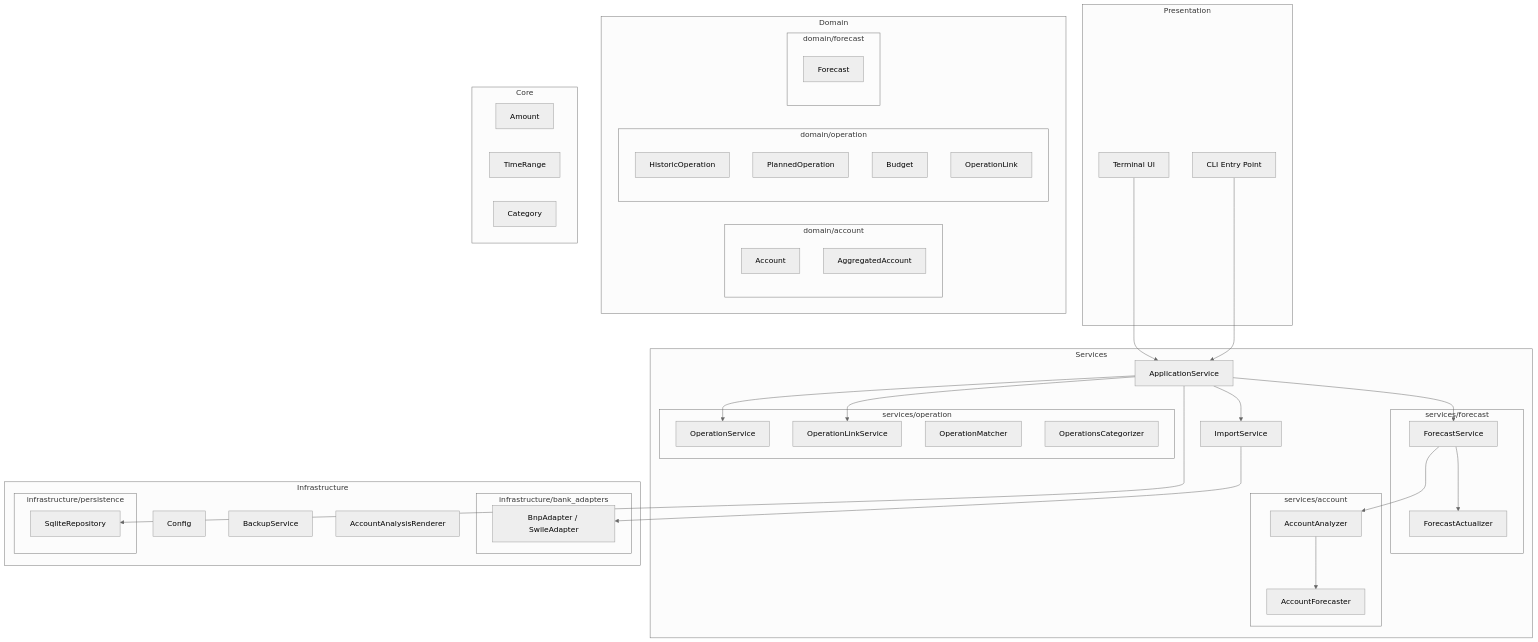
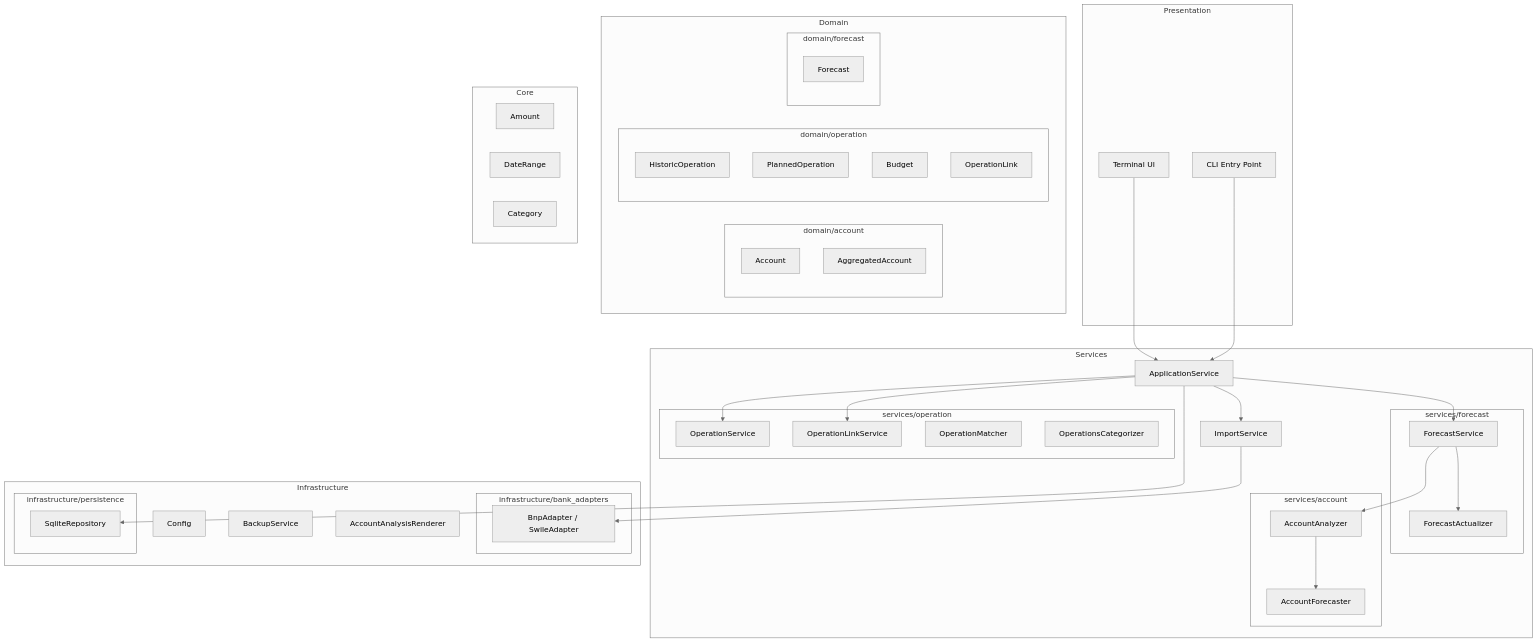
The diagram in docs/dev/architecture.md (corentin-core/budget-forecaster), drawn with Mermaid (neutral theme) before and after one commit. The commit also changed other lines of this file and 41 other files, not shown here.

First line of the commit message:
refactor: rename TimeRange classes to DateRange/Day terminology (#179) (#180)

````diff
--- a/docs/dev/architecture.md
+++ b/docs/dev/architecture.md
@@ -20,74 +20,74 @@
 ```mermaid
 graph TB
     subgraph Presentation
         TUI[Terminal UI]
         CLI[CLI Entry Point]
     end
 
     subgraph Services
         AS[ApplicationService]
         subgraph services/forecast
             FS[ForecastService]
             FA[ForecastActualizer]
         end
         subgraph services/account
             AF[AccountForecaster]
             AN[AccountAnalyzer]
         end
         subgraph services/operation
             OS[OperationService]
             OLS[OperationLinkService]
             OM[OperationMatcher]
             OC[OperationsCategorizer]
         end
         IS[ImportService]
     end
 
     subgraph Domain
         subgraph domain/account
             AC[Account]
             AA[AggregatedAccount]
         end
 
         subgraph domain/operation
             HO[HistoricOperation]
             PO[PlannedOperation]
             BU[Budget]
             OL[OperationLink]
         end
 
         subgraph domain/forecast
             FC[Forecast]
         end
     end
 
     subgraph Core
         AM[Amount]
-        TR[TimeRange]
+        TR[DateRange]
         CAT[Category]
     end
 
     subgraph Infrastructure
         subgraph infrastructure/bank_adapters
             BA[BnpAdapter / SwileAdapter]
         end
         subgraph infrastructure/persistence
             SR[SqliteRepository]
         end
         CFG[Config]
         BK[BackupService]
         RND[AccountAnalysisRenderer]
     end
 
     TUI --> AS
     CLI --> AS
     AS --> FS
     AS --> IS
     AS --> OS
     AS --> OLS
     FS --> FA
     FS --> AN
     IS --> BA
     AS --> SR
     AN --> AF
 ```
````
